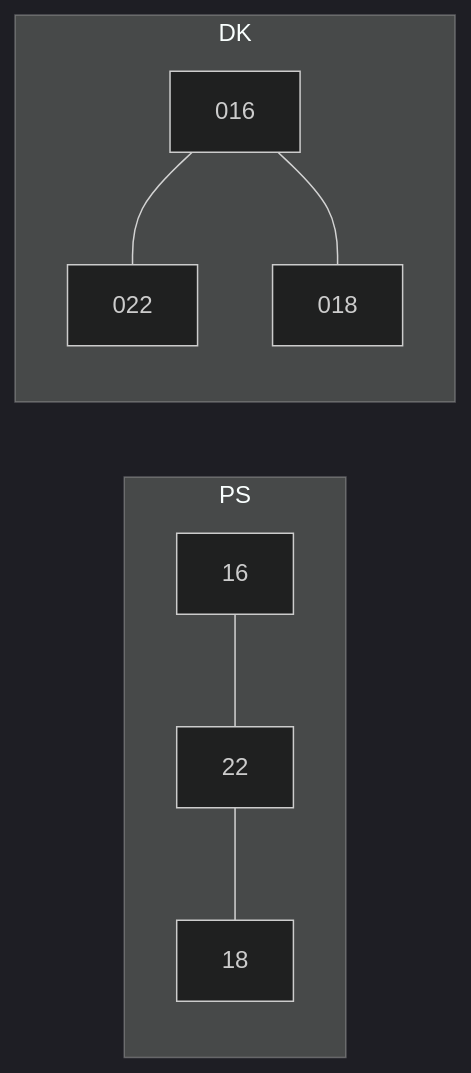
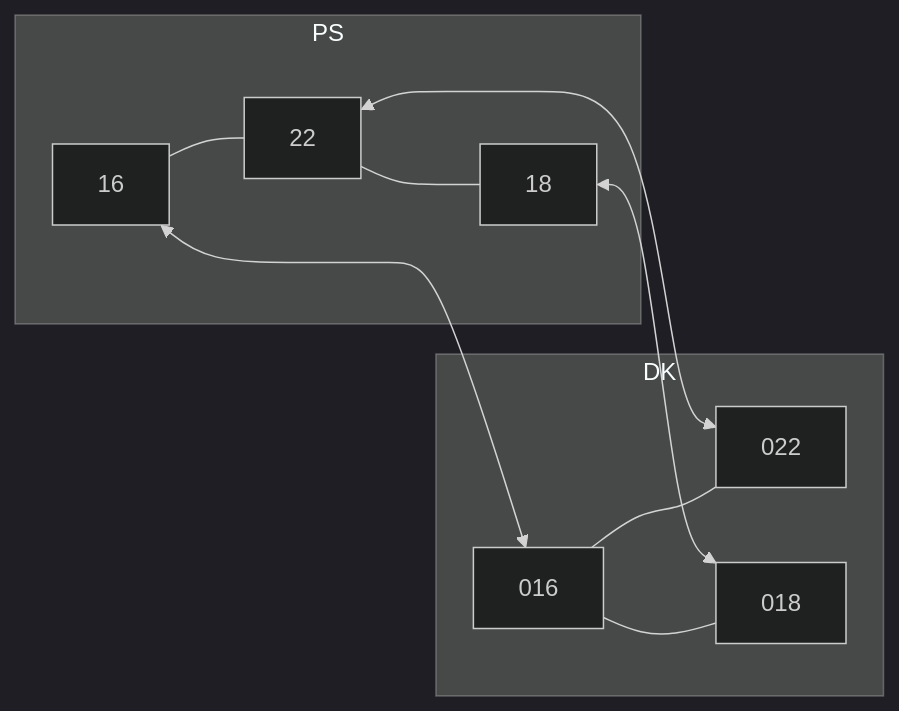
Before and after one commit to Tiggax/Zapiski: the tenth of 10 diagrams in 2. Letnik/Podatkovne strukture in algoritmi/vaje 8-12-2021.md, drawn with Mermaid (dark theme). The commit also changed other lines of this file, not shown here.

````diff
--- a/2. Letnik/Podatkovne strukture in algoritmi/vaje 8-12-2021.md
+++ b/2. Letnik/Podatkovne strukture in algoritmi/vaje 8-12-2021.md
@@ -125,11 +125,14 @@
  ```mermaid
  graph LR
  subgraph PS
  16---22---18
  end
+ 16<-->016
+ 22<-->022
+ 18<-->018
  subgraph DK
  016---022
  016---018
  end
  
  ```
````
